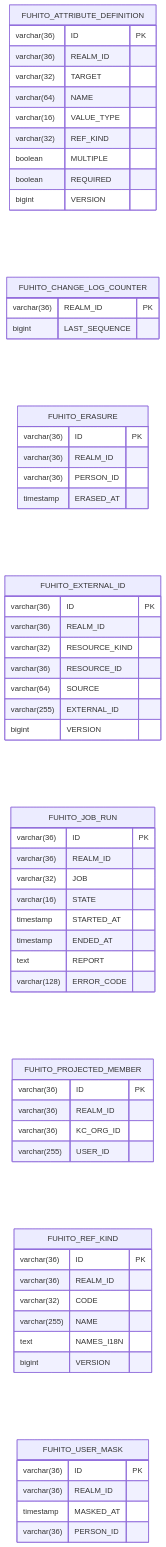
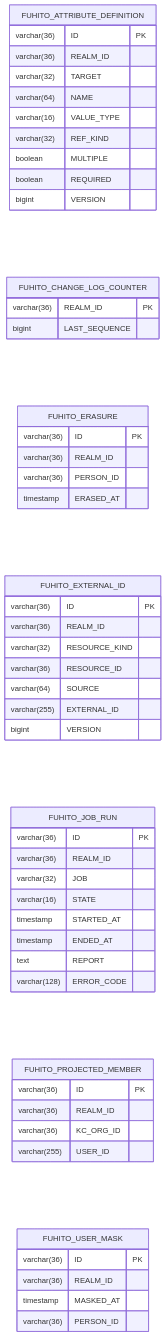
One commit to exoego/keycloak-fuhito changed the second of 2 diagrams in docs/schema.md. Above: the diagram before and after it, drawn with Mermaid. The commit also changed 36 other files, not shown here.

First line of the commit message:
Keep the names of a reference kind in one row for each language (#549)

````diff
--- a/docs/schema.md
+++ b/docs/schema.md
@@ -259,64 +273,56 @@
 ```mermaid
 erDiagram
     direction LR
     FUHITO_ATTRIBUTE_DEFINITION {
         varchar(36) ID PK
         varchar(36) REALM_ID
         varchar(32) TARGET
         varchar(64) NAME
         varchar(16) VALUE_TYPE
         varchar(32) REF_KIND
         boolean MULTIPLE
         boolean REQUIRED
         bigint VERSION
     }
     FUHITO_CHANGE_LOG_COUNTER {
         varchar(36) REALM_ID PK
         bigint LAST_SEQUENCE
     }
     FUHITO_ERASURE {
         varchar(36) ID PK
         varchar(36) REALM_ID
         varchar(36) PERSON_ID
         timestamp ERASED_AT
     }
     FUHITO_EXTERNAL_ID {
         varchar(36) ID PK
         varchar(36) REALM_ID
         varchar(32) RESOURCE_KIND
         varchar(36) RESOURCE_ID
         varchar(64) SOURCE
         varchar(255) EXTERNAL_ID
         bigint VERSION
     }
     FUHITO_JOB_RUN {
         varchar(36) ID PK
         varchar(36) REALM_ID
         varchar(32) JOB
         varchar(16) STATE
         timestamp STARTED_AT
         timestamp ENDED_AT
         text REPORT
         varchar(128) ERROR_CODE
     }
     FUHITO_PROJECTED_MEMBER {
         varchar(36) ID PK
         varchar(36) REALM_ID
         varchar(36) KC_ORG_ID
         varchar(255) USER_ID
     }
-    FUHITO_REF_KIND {
-        varchar(36) ID PK
-        varchar(36) REALM_ID
-        varchar(32) CODE
-        varchar(255) NAME
-        text NAMES_I18N
-        bigint VERSION
-    }
     FUHITO_USER_MASK {
         varchar(36) ID PK
         varchar(36) REALM_ID
         timestamp MASKED_AT
         varchar(36) PERSON_ID
     }
 ```
````
